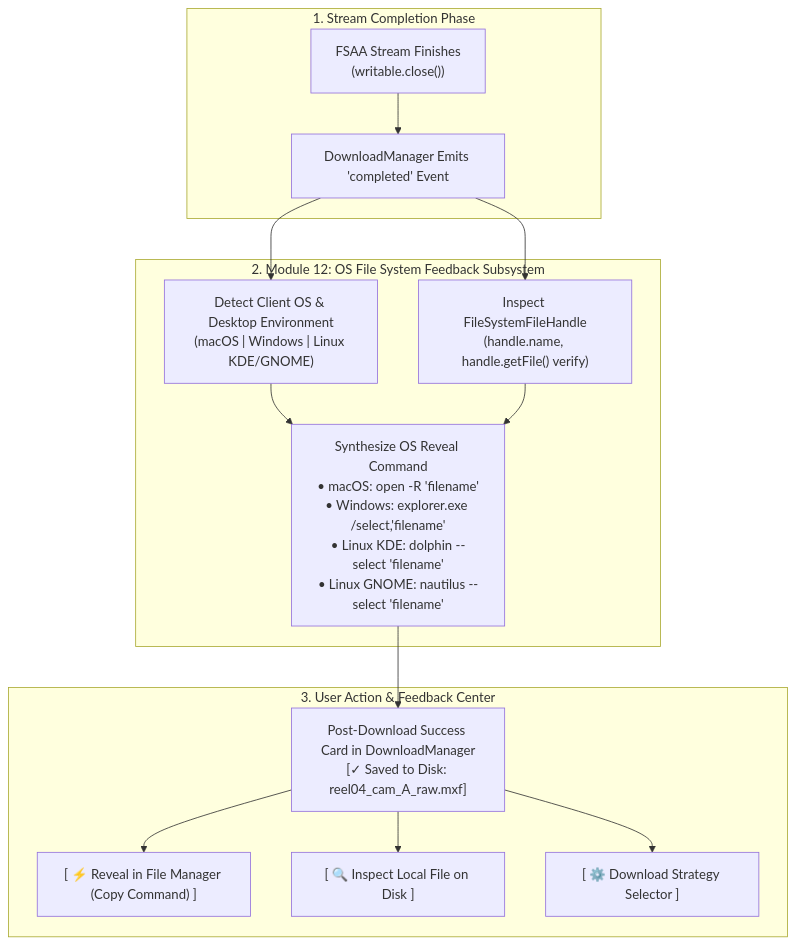
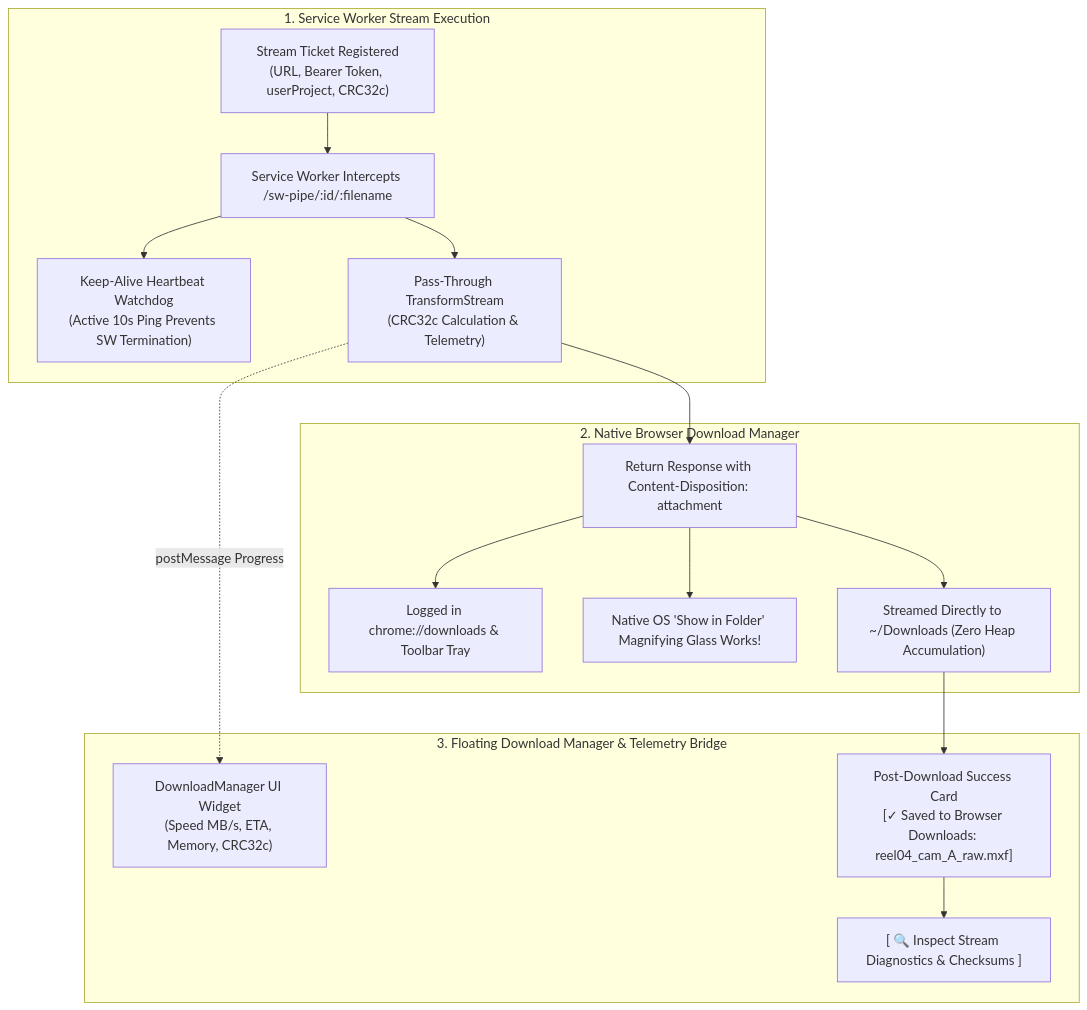
The first of 3 diagrams in docs/requirements/module_12_os_filesystem_feedback_and_reveal_integration.md (NovaLogicDev/FilesOfBaSingSe), drawn with Mermaid before and after one commit. The commit also changed other lines of this file and 9 other files, not shown here.

Commit message:
docs: converge on resilient service worker streaming architecture and native browser download integration

````diff
--- a/docs/requirements/module_12_os_filesystem_feedback_and_reveal_integration.md
+++ b/docs/requirements/module_12_os_filesystem_feedback_and_reveal_integration.md
@@ -19,28 +20,21 @@
 ```mermaid
 flowchart TD
-    subgraph StreamCompletion ["1. Stream Completion Phase"]
-        FSAAStream["FSAA Stream Finishes\n(writable.close())"] --> EmitDone["DownloadManager Emits 'completed' Event"]
+    subgraph StreamExecution ["1. Service Worker Stream Execution"]
+        Ticket["Stream Ticket Registered\n(URL, Bearer Token, userProject, CRC32c)"] --> SWPipe["Service Worker Intercepts /sw-pipe/:id/:filename"]
+        SWPipe --> KeepAlive["Keep-Alive Heartbeat Watchdog\n(Active 10s Ping Prevents SW Termination)"]
+        SWPipe --> Transform["Pass-Through TransformStream\n(CRC32c Calculation & Telemetry)"]
     end
 
-    subgraph OSRevealSubsystem ["2. Module 12: OS File System Feedback Subsystem"]
-        DetectOS["Detect Client OS & Desktop Environment\n(macOS | Windows | Linux KDE/GNOME)"]
-        InspectHandle["Inspect FileSystemFileHandle\n(handle.name, handle.getFile() verify)"]
-        SynthesizeCmd["Synthesize OS Reveal Command\n• macOS: open -R 'filename'\n• Windows: explorer.exe /select,'filename'\n• Linux KDE: dolphin --select 'filename'\n• Linux GNOME: nautilus --select 'filename'"]
+    subgraph BrowserManager ["2. Native Browser Download Manager"]
+        Transform --> ResponseAttachment["Return Response with Content-Disposition: attachment"]
+        ResponseAttachment --> ChromeDownloads["Logged in chrome://downloads & Toolbar Tray"]
+        ResponseAttachment --> NativeShowFolder["Native OS 'Show in Folder' Magnifying Glass Works!"]
+        ResponseAttachment --> DirectDisk["Streamed Directly to ~/Downloads (Zero Heap Accumulation)"]
     end
 
-    subgraph UIActionCenter ["3. User Action & Feedback Center"]
-        CompletionCard["Post-Download Success Card in DownloadManager\n[✓ Saved to Disk: reel04_cam_A_raw.mxf]"]
-        CopyBtn["[ ⚡ Reveal in File Manager (Copy Command) ]"]
-        InspectBtn["[ 🔍 Inspect Local File on Disk ]"]
-        StrategyToggle["[ ⚙️ Download Strategy Selector ]"]
+    subgraph UIUXBridge ["3. Floating Download Manager & Telemetry Bridge"]
+        Transform -.->|"postMessage Progress"| TelemetryBridge["DownloadManager UI Widget\n(Speed MB/s, ETA, Memory, CRC32c)"]
+        DirectDisk --> CompletionCard["Post-Download Success Card\n[✓ Saved to Browser Downloads: reel04_cam_A_raw.mxf]"]
+        CompletionCard --> DiagnosticsDrawer["[ 🔍 Inspect Stream Diagnostics & Checksums ]"]
     end
-
-    EmitDone --> DetectOS
-    EmitDone --> InspectHandle
-    DetectOS --> SynthesizeCmd
-    InspectHandle --> SynthesizeCmd
-    SynthesizeCmd --> CompletionCard
-    CompletionCard --> CopyBtn
-    CompletionCard --> InspectBtn
-    CompletionCard --> StrategyToggle
 ```
````
